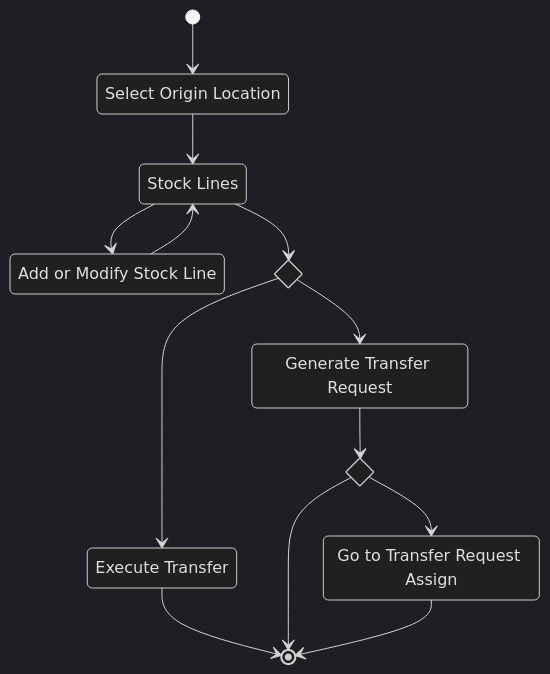
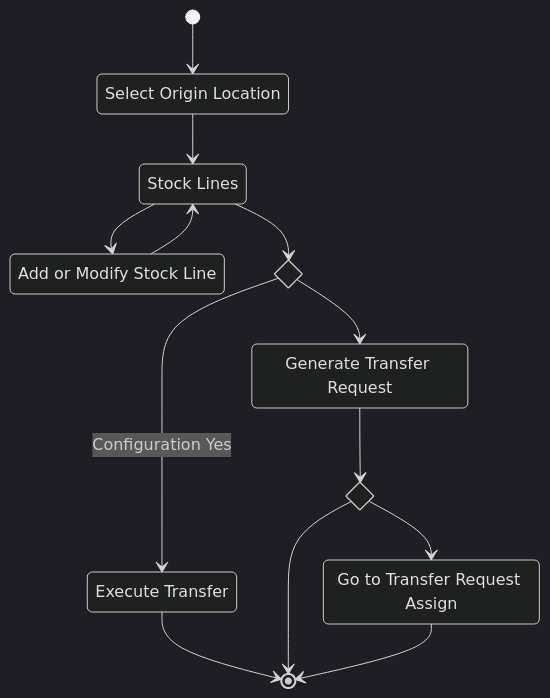
The diagram in docs/core_functions/putaway.md (theonewhowritesthedocs/lwms-docs), drawn with Mermaid (dark theme) before and after one commit. The commit also changed other lines of this file and 6 other files, not shown here.

````diff
--- a/docs/core_functions/putaway.md
+++ b/docs/core_functions/putaway.md
@@ -11,29 +11,30 @@
 ```mermaid
 stateDiagram-v2
     state "Select Origin Location" as select_origin_location
     state "Stock Lines" as stock
     state "Add or Modify Stock Line" as select_stock
     state "Generate Transfer Request" as generate_transfer_req
     state "Go to Transfer Request Assign" as transfer_req_assign
     state "Execute Transfer" as exec_transfer
 
     state if_finish_op <<choice>>
     state if_transfer_req_assign <<choice>>
 
     [*] --> select_origin_location
     select_origin_location --> stock
     stock --> select_stock
     select_stock --> stock
 
     
     stock --> if_finish_op
-    if_finish_op --> exec_transfer
+    if_finish_op --> exec_transfer: Configuration Yes
     exec_transfer --> [*]
 
     if_finish_op --> generate_transfer_req
     generate_transfer_req --> if_transfer_req_assign
     if_transfer_req_assign --> transfer_req_assign
     if_transfer_req_assign --> [*]
     transfer_req_assign --> [*]
     
+    
 ```
````
